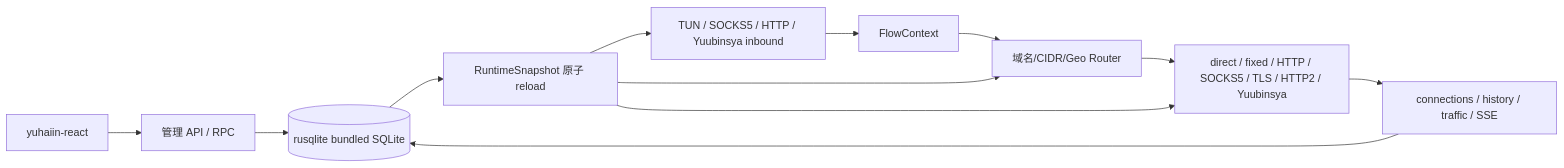
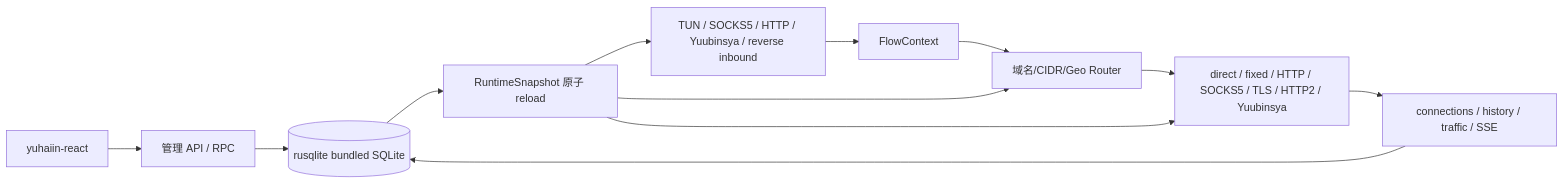
Before and after one commit to yuhaiin/doradus: the diagram in IMPLEMENTATION_CHECKLIST.md, drawn with Mermaid. The commit also changed other lines of this file and 5 other files, not shown here.

Commit message:
feat: add reverse inbound bridges

````diff
--- a/IMPLEMENTATION_CHECKLIST.md
+++ b/IMPLEMENTATION_CHECKLIST.md
@@ -18,14 +18,14 @@
 ```mermaid
 flowchart LR
     UI[yuhaiin-react] --> API[管理 API / RPC]
     API --> STORE[(rusqlite bundled SQLite)]
     STORE --> SNAP[RuntimeSnapshot 原子 reload]
-    IN[TUN / SOCKS5 / HTTP / Yuubinsya inbound] --> FLOW[FlowContext]
+    IN[TUN / SOCKS5 / HTTP / Yuubinsya / reverse inbound] --> FLOW[FlowContext]
     FLOW --> ROUTER[域名/CIDR/Geo Router]
     ROUTER --> OUT[direct / fixed / HTTP / SOCKS5 / TLS / HTTP2 / Yuubinsya]
     OUT --> MON[connections / history / traffic / SSE]
     MON --> STORE
     SNAP --> IN
     SNAP --> ROUTER
     SNAP --> OUT
 ```
````
